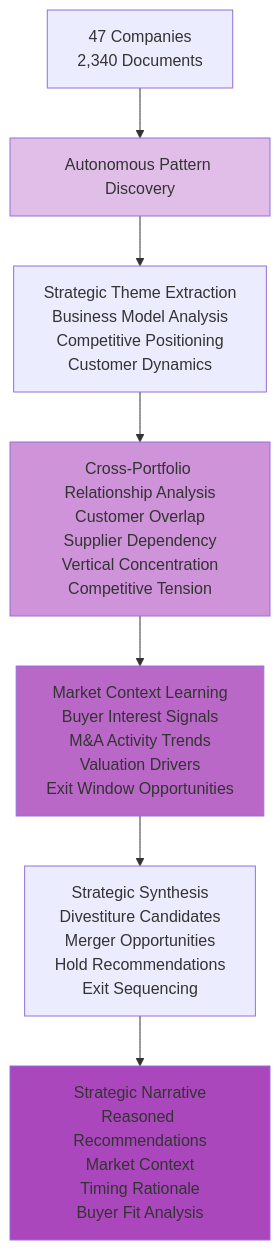
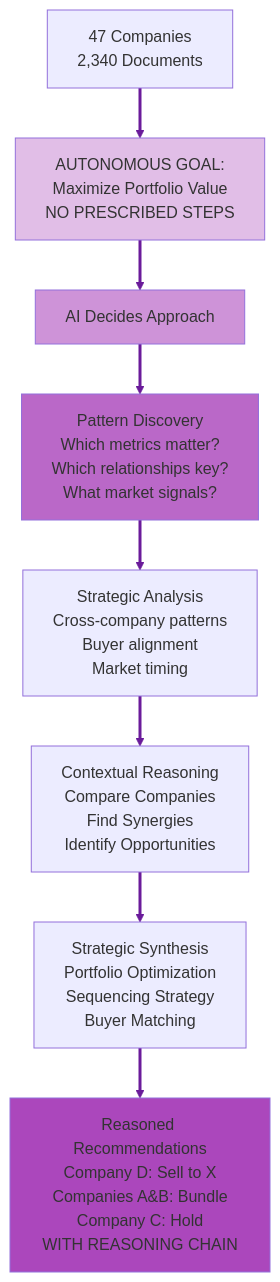
Before and after one commit to whatevergeek/agentic_vs_deterministic: the third of 18 diagrams in debate_shortlisted_topics_slide_prep.md, drawn with Mermaid. The commit also changed other lines of this file, not shown here.

````diff
--- a/debate_shortlisted_topics_slide_prep.md
+++ b/debate_shortlisted_topics_slide_prep.md
@@ -98,14 +104,17 @@
 ```mermaid
 graph TD
-    A["47 Companies<br/>2,340 Documents"] --> B["Autonomous Pattern Discovery"]
-    B --> C["Strategic Theme Extraction<br/>Business Model Analysis<br/>Competitive Positioning<br/>Customer Dynamics"]
-    C --> D["Cross-Portfolio Relationship Analysis<br/>Customer Overlap<br/>Supplier Dependency<br/>Vertical Concentration<br/>Competitive Tension"]
-    D --> E["Market Context Learning<br/>Buyer Interest Signals<br/>M&A Activity Trends<br/>Valuation Drivers<br/>Exit Window Opportunities"]
-    E --> F["Strategic Synthesis<br/>Divestiture Candidates<br/>Merger Opportunities<br/>Hold Recommendations<br/>Exit Sequencing"]
-    F --> G["Strategic Narrative<br/>Reasoned Recommendations<br/>Market Context<br/>Timing Rationale<br/>Buyer Fit Analysis"]
+    A["47 Companies<br/>2,340 Documents"] --> B["AUTONOMOUS GOAL:<br/>Maximize Portfolio Value<br/>NO PRESCRIBED STEPS"]
+    B --> C["AI Decides Approach"]
+    C --> D["Pattern Discovery<br/>Which metrics matter?<br/>Which relationships key?<br/>What market signals?"]
+    D --> E["Strategic Analysis<br/>Cross-company patterns<br/>Buyer alignment<br/>Market timing"]
+    E --> F["Contextual Reasoning<br/>Compare Companies<br/>Find Synergies<br/>Identify Opportunities"]
+    F --> G["Strategic Synthesis<br/>Portfolio Optimization<br/>Sequencing Strategy<br/>Buyer Matching"]
+    G --> H["Reasoned Recommendations<br/>Company D: Sell to X<br/>Companies A&B: Bundle<br/>Company C: Hold<br/>WITH REASONING CHAIN"]
     
     style B fill:#e1bee7
-    style D fill:#ce93d8
-    style E fill:#ba68c8
-    style G fill:#ab47bc
+    style C fill:#ce93d8
+    style D fill:#ba68c8
+    style H fill:#ab47bc
+    
+    linkStyle 0,1,2,3,4,5,6 stroke:#6a1b9a,stroke-width:3px
 ```
````
